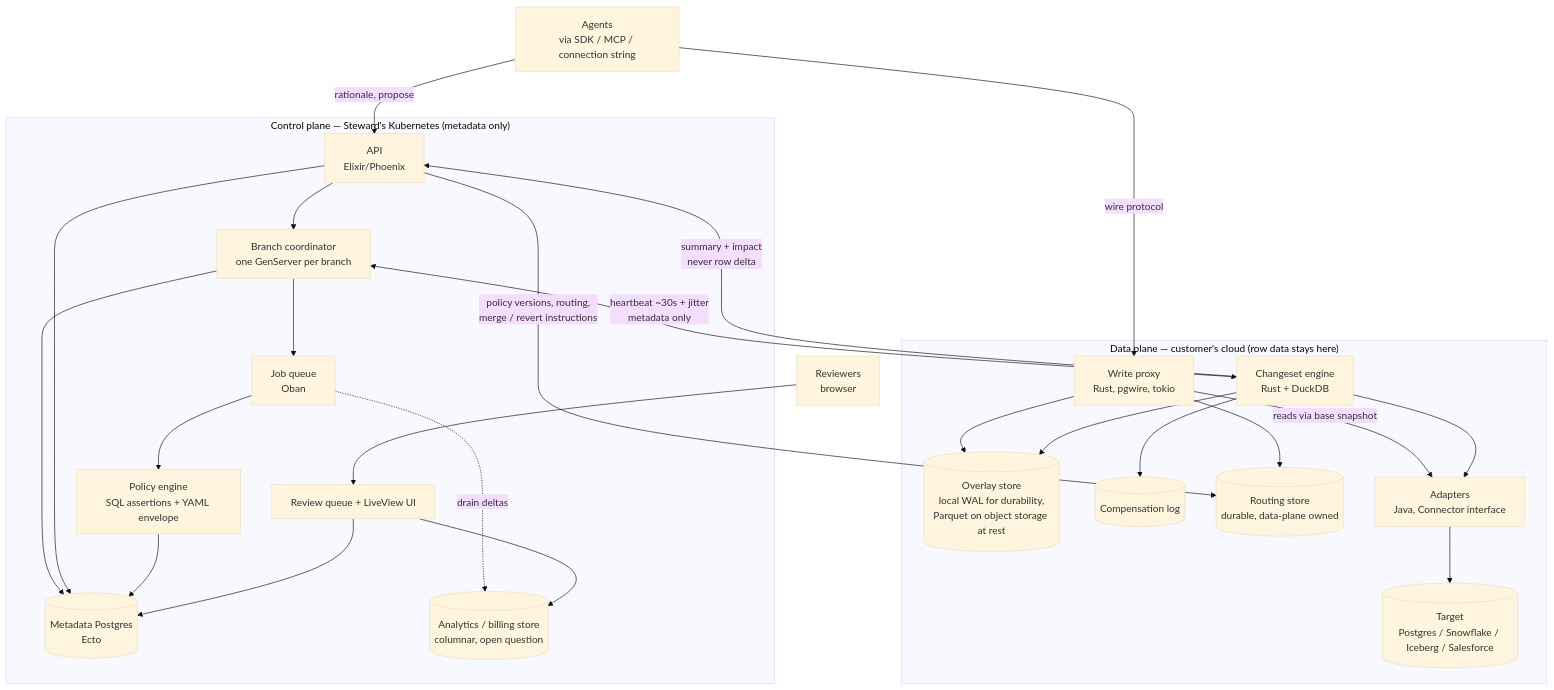
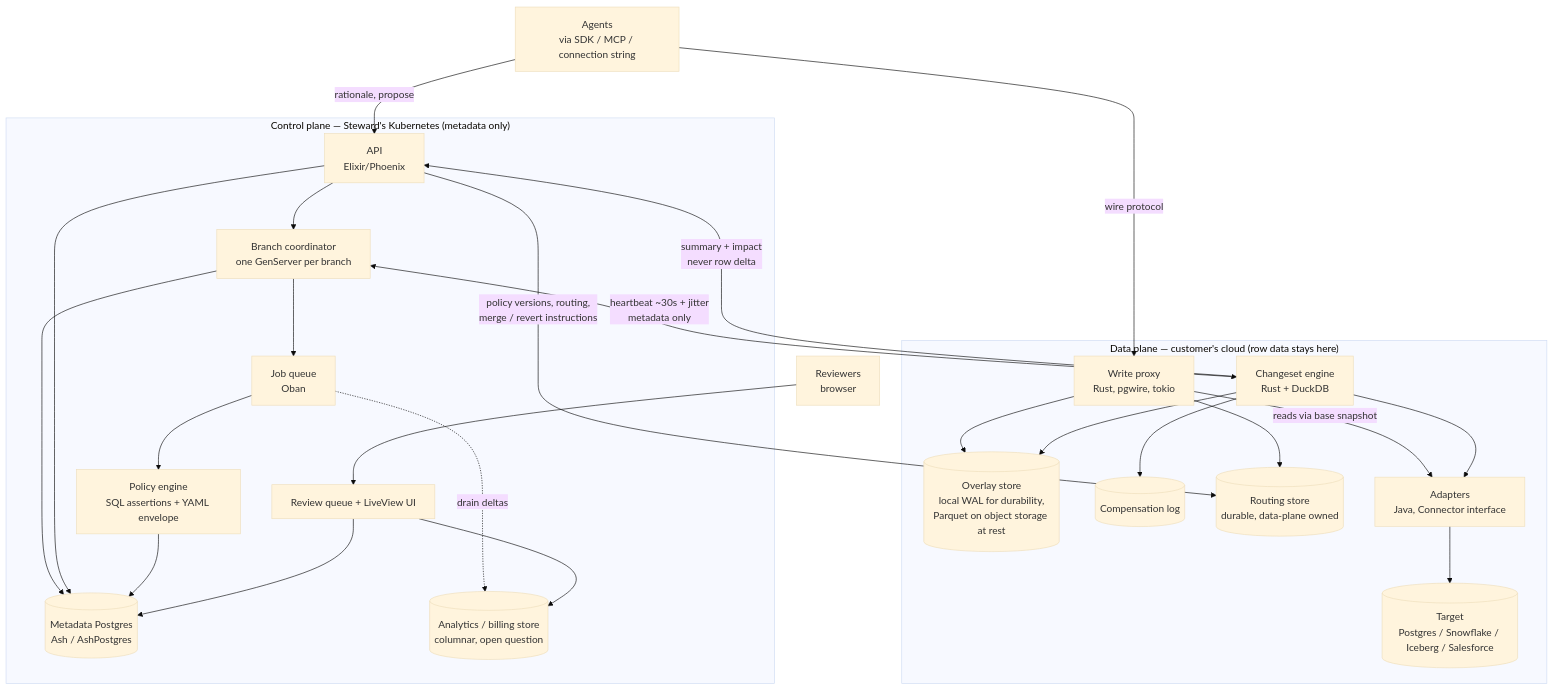
One commit to sunprema/steward changed the diagram in docs/00-foundation/03-architecture-overview.md. Above: the diagram before and after it, drawn with Mermaid (base theme). The commit also changed other lines of this file and 9 other files, not shown here.

````diff
--- a/docs/00-foundation/03-architecture-overview.md
+++ b/docs/00-foundation/03-architecture-overview.md
@@ -40,51 +40,51 @@
 ```mermaid
 flowchart TB
     Agents[Agents<br/>via SDK / MCP / connection string]
     Reviewers[Reviewers<br/>browser]
 
     subgraph CP["Control plane — Steward's Kubernetes (metadata only)"]
         API[API<br/>Elixir/Phoenix]
         BC[Branch coordinator<br/>one GenServer per branch]
         PE[Policy engine<br/>SQL assertions + YAML envelope]
         RQ[Review queue + LiveView UI]
-        MPG[(Metadata Postgres<br/>Ecto)]
+        MPG[(Metadata Postgres<br/>Ash / AshPostgres)]
         JQ[Job queue<br/>Oban]
         AN[(Analytics / billing store<br/>columnar, open question)]
     end
 
     subgraph DP["Data plane — customer's cloud (row data stays here)"]
         WP[Write proxy<br/>Rust, pgwire, tokio]
         CE[Changeset engine<br/>Rust + DuckDB]
         OS[(Overlay store<br/>local WAL for durability,<br/>Parquet on object storage at rest)]
         CL[(Compensation log)]
         RS[(Routing store<br/>durable, data-plane owned)]
         AD[Adapters<br/>Java, Connector interface]
         TGT[(Target<br/>Postgres / Snowflake / Iceberg / Salesforce)]
     end
 
     Agents -->|wire protocol| WP
     Agents -->|rationale, propose| API
     Reviewers --> RQ
 
     API --> BC
     BC --> MPG
     API --> MPG
     PE --> MPG
     RQ --> MPG
     BC --> JQ
     JQ --> PE
     JQ -.->|drain deltas| AN
     RQ --> AN
 
     WP --> RS
     WP --> OS
     WP -->|reads via base snapshot| AD
     CE --> OS
     CE --> AD
     AD --> TGT
     CE --> CL
 
     BC <-->|"heartbeat ~30s + jitter<br/>metadata only"| CE
     CE -->|summary + impact<br/>never row delta| API
     API -->|policy versions, routing,<br/>merge / revert instructions| RS
 ```
````
